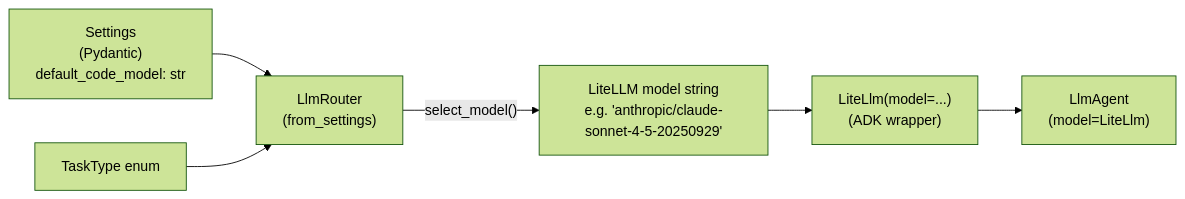
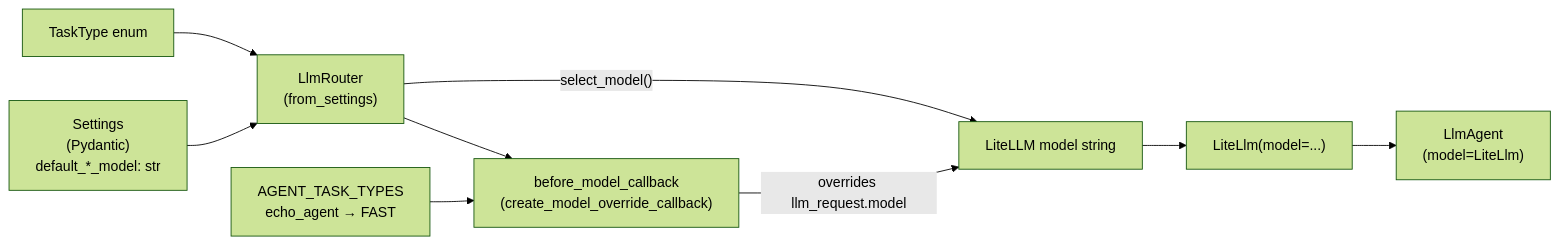
Before and after one commit to BechtelR/AutoBuilder: the third of 6 diagrams in .dev/build-phase/phase-3/model.md, drawn with Mermaid (forest theme). The commit also changed other lines of this file and 2 other files, not shown here.

Commit message:
docs: Phase-3; ADK Engine Integration

````diff
--- a/.dev/build-phase/phase-3/model.md
+++ b/.dev/build-phase/phase-3/model.md
@@ -271,15 +421,20 @@
 ```mermaid
 flowchart LR
-    Settings["Settings\n(Pydantic)\ndefault_code_model: str"]
+    Settings["Settings\n(Pydantic)\ndefault_*_model: str"]
     Router["LlmRouter\n(from_settings)"]
     TaskType["TaskType enum"]
-    ModelStr["LiteLLM model string\ne.g. 'anthropic/claude-sonnet-4-5-20250929'"]
-    LiteLlm["LiteLlm(model=...)\n(ADK wrapper)"]
+    Callback["before_model_callback\n(create_model_override_callback)"]
+    AgentMap["AGENT_TASK_TYPES\necho_agent → FAST"]
+    ModelStr["LiteLLM model string"]
+    LiteLlm["LiteLlm(model=...)"]
     EchoAgent["LlmAgent\n(model=LiteLlm)"]
 
     Settings --> Router
+    Router --> Callback
+    AgentMap --> Callback
+    Callback -->|"overrides llm_request.model"| ModelStr
     TaskType --> Router
     Router -->|"select_model()"| ModelStr
     ModelStr --> LiteLlm
     LiteLlm --> EchoAgent
 ```
````
